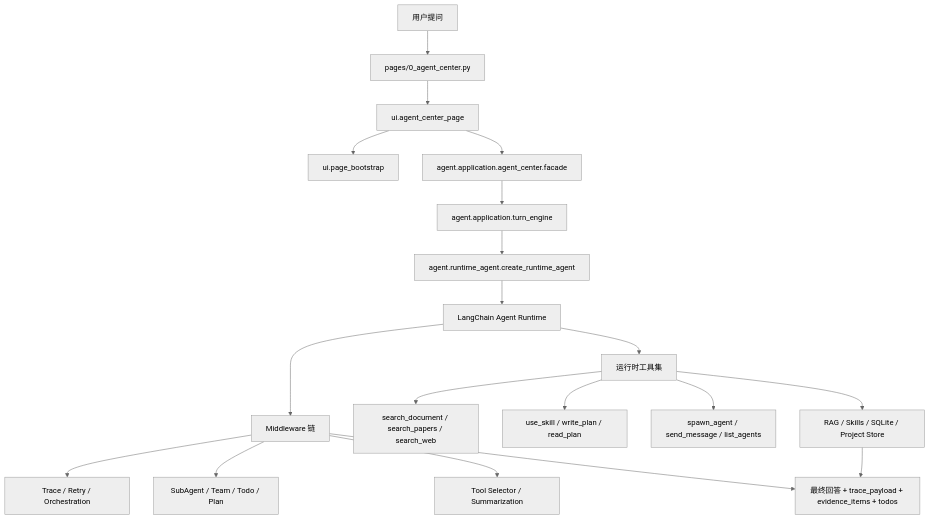
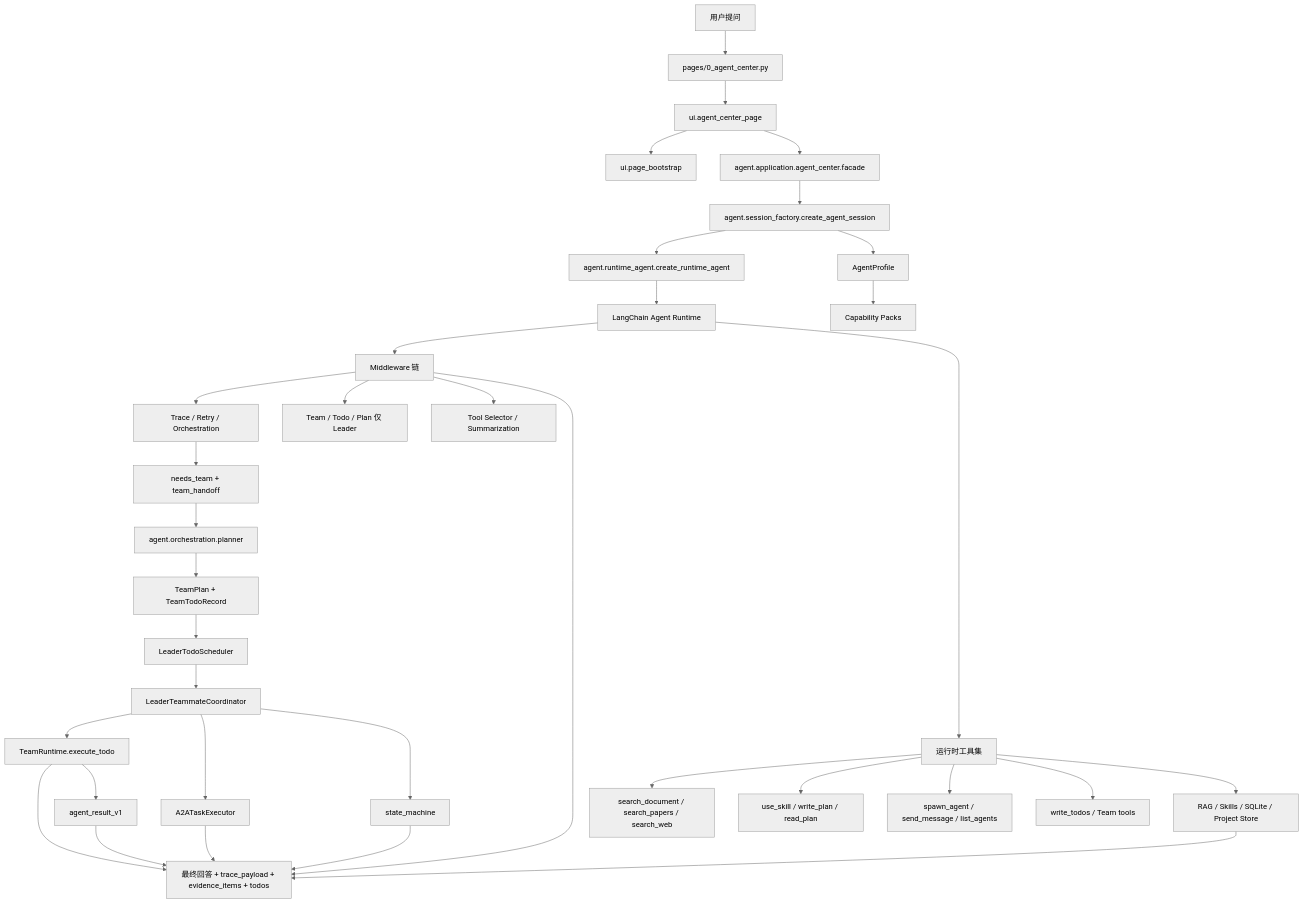
One commit to 0verL1nk/PaperSage changed the first of 3 diagrams in README.md. Above: the diagram before and after it, drawn with Mermaid (neutral theme). The commit also changed other lines of this file and 83 other files, not shown here.

First line of the commit message:
feat: team architecture upgrade (#28)

````diff
--- a/README.md
+++ b/README.md
@@ -97,21 +101,37 @@
 ```mermaid
 flowchart TD
     A[用户提问] --> B[pages/0_agent_center.py]
     B --> C[ui.agent_center_page]
     C --> D[ui.page_bootstrap]
     C --> E[agent.application.agent_center.facade]
-    E --> F[agent.application.turn_engine]
+    E --> F[agent.session_factory.create_agent_session]
     F --> G[agent.runtime_agent.create_runtime_agent]
     G --> H[LangChain Agent Runtime]
     H --> I[Middleware 链]
     I --> I1[Trace / Retry / Orchestration]
-    I --> I2[SubAgent / Team / Todo / Plan]
+    I --> I2[Team / Todo / Plan 仅 Leader]
     I --> I3[Tool Selector / Summarization]
+    F --> P1[AgentProfile]
+    P1 --> P2[Capability Packs]
+    I1 --> M1[needs_team + team_handoff]
+    M1 --> M2[agent.orchestration.planner]
+    M2 --> M3[TeamPlan + TeamTodoRecord]
+    M3 --> M4[LeaderTodoScheduler]
+    M4 --> M5[LeaderTeammateCoordinator]
+    M5 --> M6[TeamRuntime.execute_todo]
+    M5 --> M7[A2ATaskExecutor]
+    M5 --> M8[state_machine]
     H --> J[运行时工具集]
     J --> J1[search_document / search_papers / search_web]
     J --> J2[use_skill / write_plan / read_plan]
     J --> J3[spawn_agent / send_message / list_agents]
+    J --> J4[write_todos / Team tools]
     J --> K[RAG / Skills / SQLite / Project Store]
-    I --> L[最终回答 + trace_payload + evidence_items + todos]
+    M6 --> L[最终回答 + trace_payload + evidence_items + todos]
+    M7 --> L
+    M8 --> L
+    I --> L
     K --> L
+    M6 --> R[agent_result_v1]
+    R --> L
 ```
````
